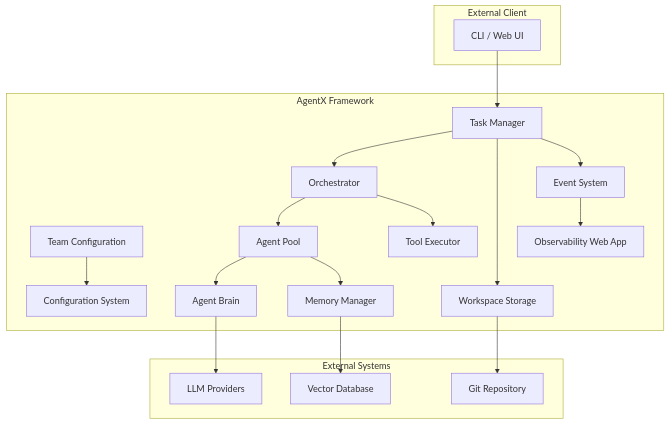
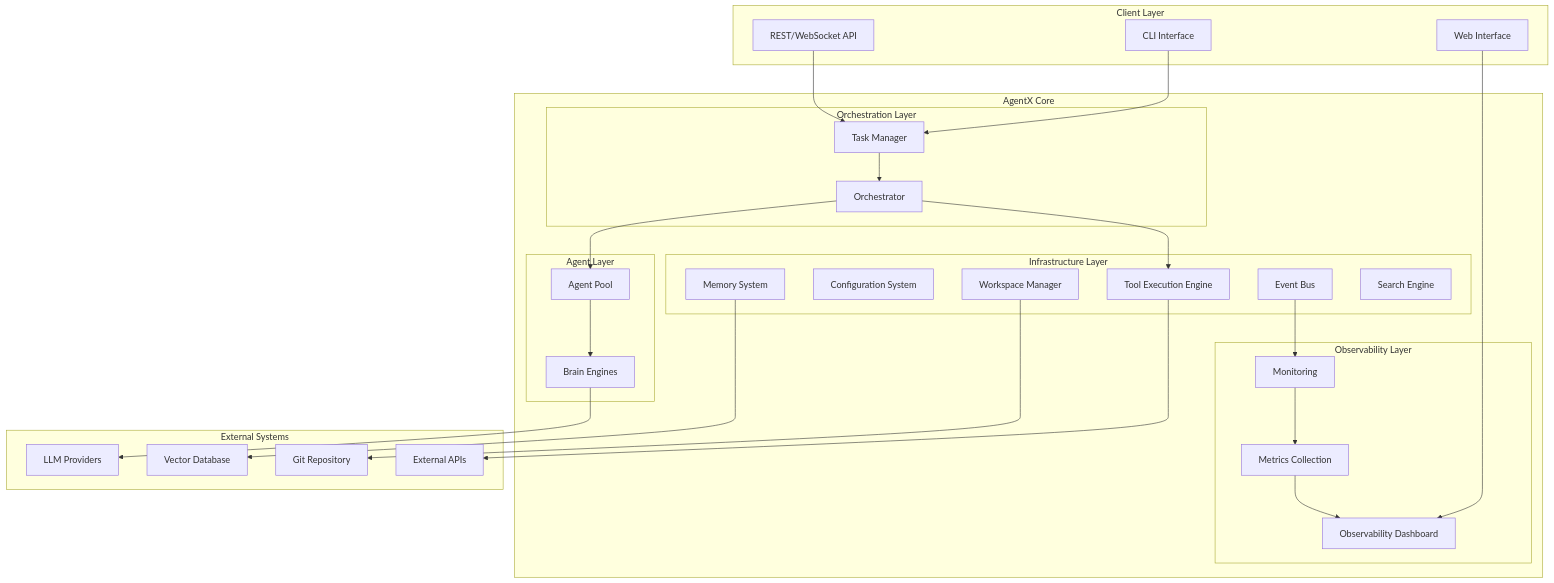
The diagram in docs/01-architecture.md (dustland/roboco), drawn with Mermaid before and after one commit. The commit also changed other lines of this file, not shown here.

Commit message:
Refactor architecture doc with comprehensive system design and principles

````diff
--- a/docs/01-architecture.md
+++ b/docs/01-architecture.md
@@ -16,40 +49,60 @@
 ```mermaid
-graph TD
-    subgraph "External Client"
-        CLI[CLI / Web UI]
+graph TB
+    subgraph "Client Layer"
+        CLI[CLI Interface]
+        API[REST/WebSocket API]
+        UI[Web Interface]
     end
-
-    subgraph "AgentX Framework"
-        Task[Task Manager]
-        Orchestrator[Orchestrator]
-        Team[Team Configuration]
-        Agent[Agent Pool]
-        Brain[Agent Brain]
-        Tools[Tool Executor]
-        Storage[Workspace Storage]
-        Memory[Memory Manager]
-        Config[Configuration System]
-        Events[Event System]
-        Observability[Observability Web App]
+    
+    subgraph "AgentX Core"
+        subgraph "Orchestration Layer"
+            ORCH[Orchestrator]
+            TASK[Task Manager]
+        end
+        
+        subgraph "Agent Layer"
+            AGENTS[Agent Pool]
+            BRAIN[Brain Engines]
+        end
+        
+        subgraph "Infrastructure Layer"
+            TOOLS[Tool Execution Engine]
+            CONFIG[Configuration System]
+            EVENTS[Event Bus]
+            STORAGE[Workspace Manager]
+            MEMORY[Memory System]
+            SEARCH[Search Engine]
+        end
+        
+        subgraph "Observability Layer"
+            MONITOR[Monitoring]
+            METRICS[Metrics Collection]
+            DASHBOARD[Observability Dashboard]
+        end
     end
-
+    
     subgraph "External Systems"
         LLM[LLM Providers]
-        Vector[Vector Database]
-        Git[Git Repository]
+        VDB[Vector Database]
+        GIT[Git Repository]
+        APIS[External APIs]
     end
-
-    CLI --> Task
-    Task --> Orchestrator
-    Orchestrator --> Agent
-    Agent --> Brain
-    Brain --> LLM
-    Orchestrator --> Tools
-    Task --> Storage
-    Storage --> Git
-    Agent --> Memory
-    Memory --> Vector
-    Team --> Config
-    Task --> Events
-    Events --> Observability
+    
+    CLI --> TASK
+    API --> TASK
+    UI --> DASHBOARD
+    
+    TASK --> ORCH
+    ORCH --> AGENTS
+    AGENTS --> BRAIN
+    ORCH --> TOOLS
+    
+    TOOLS --> APIS
+    BRAIN --> LLM
+    STORAGE --> GIT
+    MEMORY --> VDB
+    
+    EVENTS --> MONITOR
+    MONITOR --> METRICS
+    METRICS --> DASHBOARD
 ```
````
